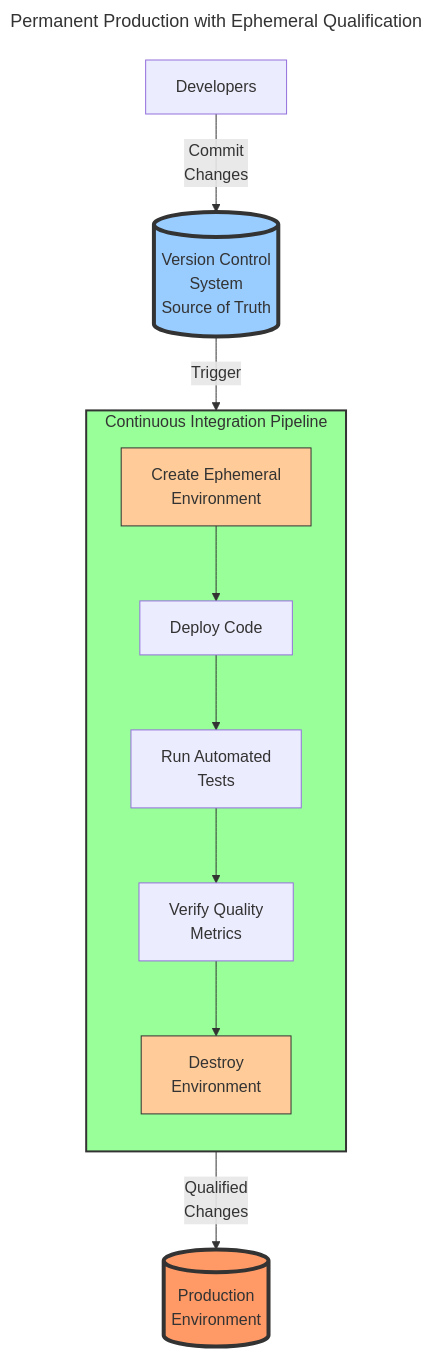
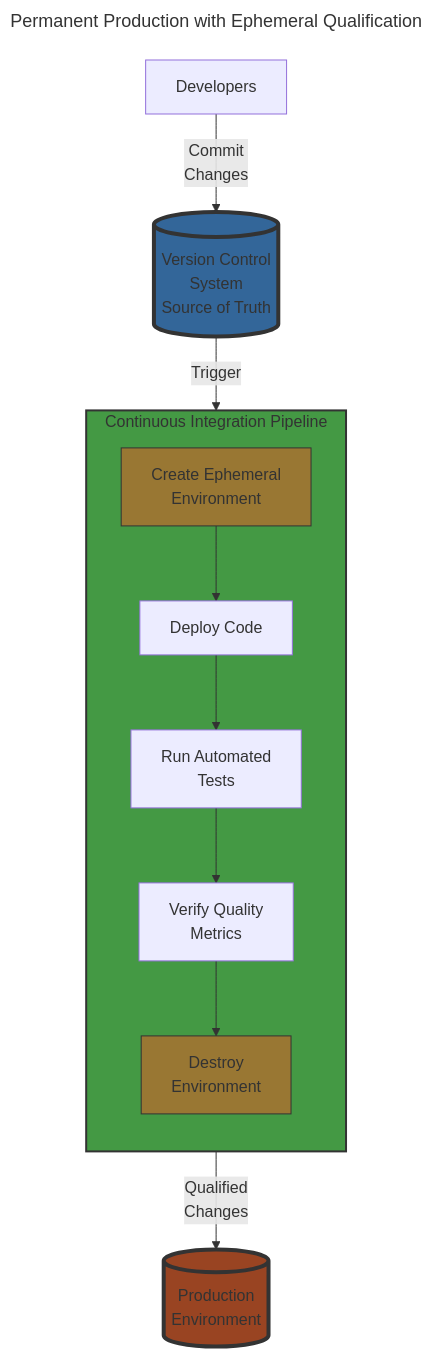
One commit to ibm-webmethods-continuous-delivery/1c-framework changed the second of 4 diagrams in articles/SoftwareDeliveryStrategies.md. Above: the diagram before and after it, drawn with Mermaid. The commit also changed other lines of this file, not shown here.

Commit message:
increased contrast for some diagrams colors

````diff
--- a/articles/SoftwareDeliveryStrategies.md
+++ b/articles/SoftwareDeliveryStrategies.md
@@ -163,33 +163,33 @@
 ```mermaid
 ---
 title: Permanent Production with Ephemeral Qualification
 ---
 flowchart TB
     VCS[(Version Control<br/>System<br/>Source of Truth)]
     
     subgraph CI [Continuous Integration Pipeline]
         direction TB
         CREATE[Create Ephemeral<br/>Environment]
         DEPLOY[Deploy Code]
         TEST[Run Automated<br/>Tests]
         VERIFY[Verify Quality<br/>Metrics]
         DESTROY[Destroy<br/>Environment]
         
         CREATE --> DEPLOY
         DEPLOY --> TEST
         TEST --> VERIFY
         VERIFY --> DESTROY
     end
     
     PROD[(Production<br/>Environment)]
     
     DEV[Developers] -->|Commit<br/>Changes| VCS
     VCS -->|Trigger| CI
     CI -->|Qualified<br/>Changes| PROD
     
-    style VCS fill:#9cf,stroke:#333,stroke-width:4px
-    style PROD fill:#f96,stroke:#333,stroke-width:4px
-    style CI fill:#9f9,stroke:#333,stroke-width:2px
-    style CREATE fill:#fc9,stroke:#333,stroke-width:1px
-    style DESTROY fill:#fc9,stroke:#333,stroke-width:1px
+    style VCS fill:#369,stroke:#333,stroke-width:4px
+    style PROD fill:#942,stroke:#333,stroke-width:4px
+    style CI fill:#494,stroke:#333,stroke-width:2px
+    style CREATE fill:#973,stroke:#333,stroke-width:1px
+    style DESTROY fill:#973,stroke:#333,stroke-width:1px
 ```
````
